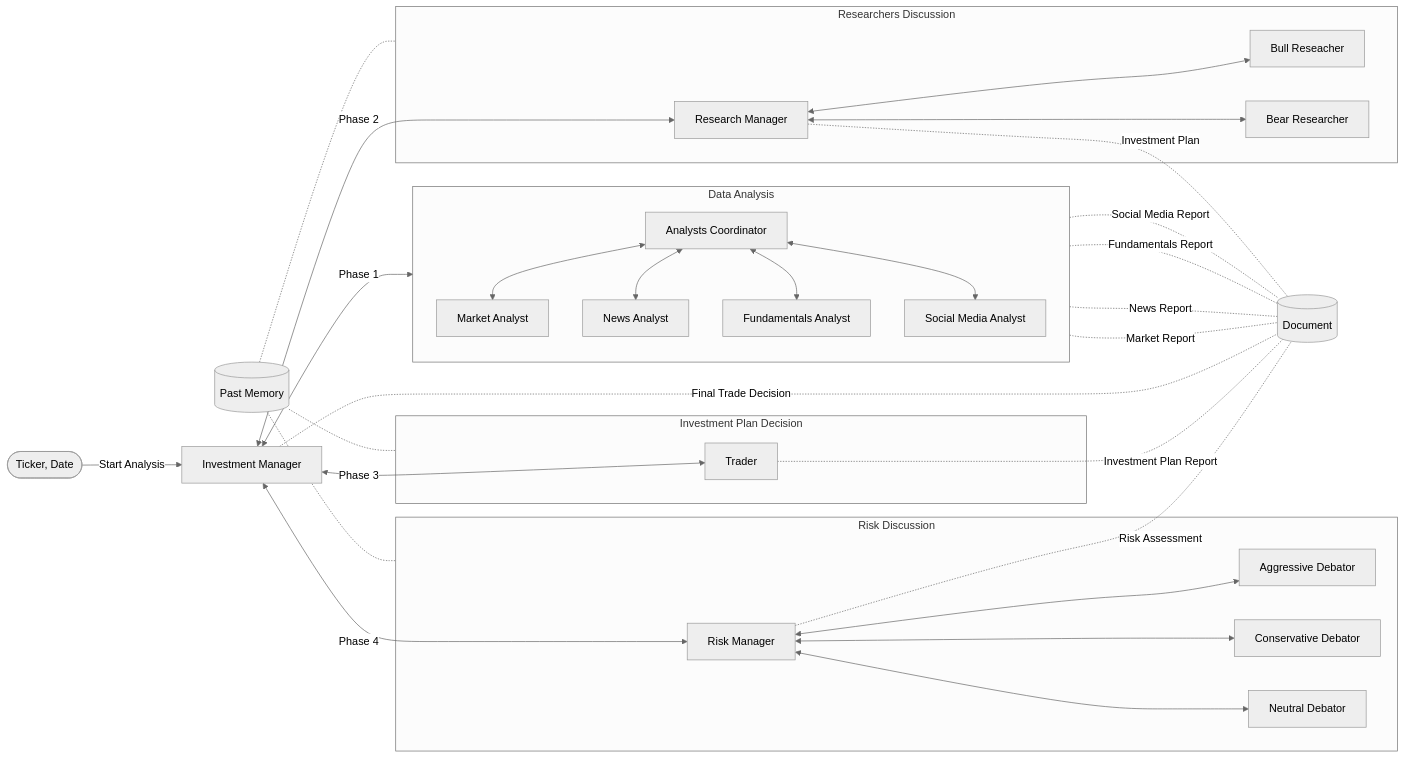
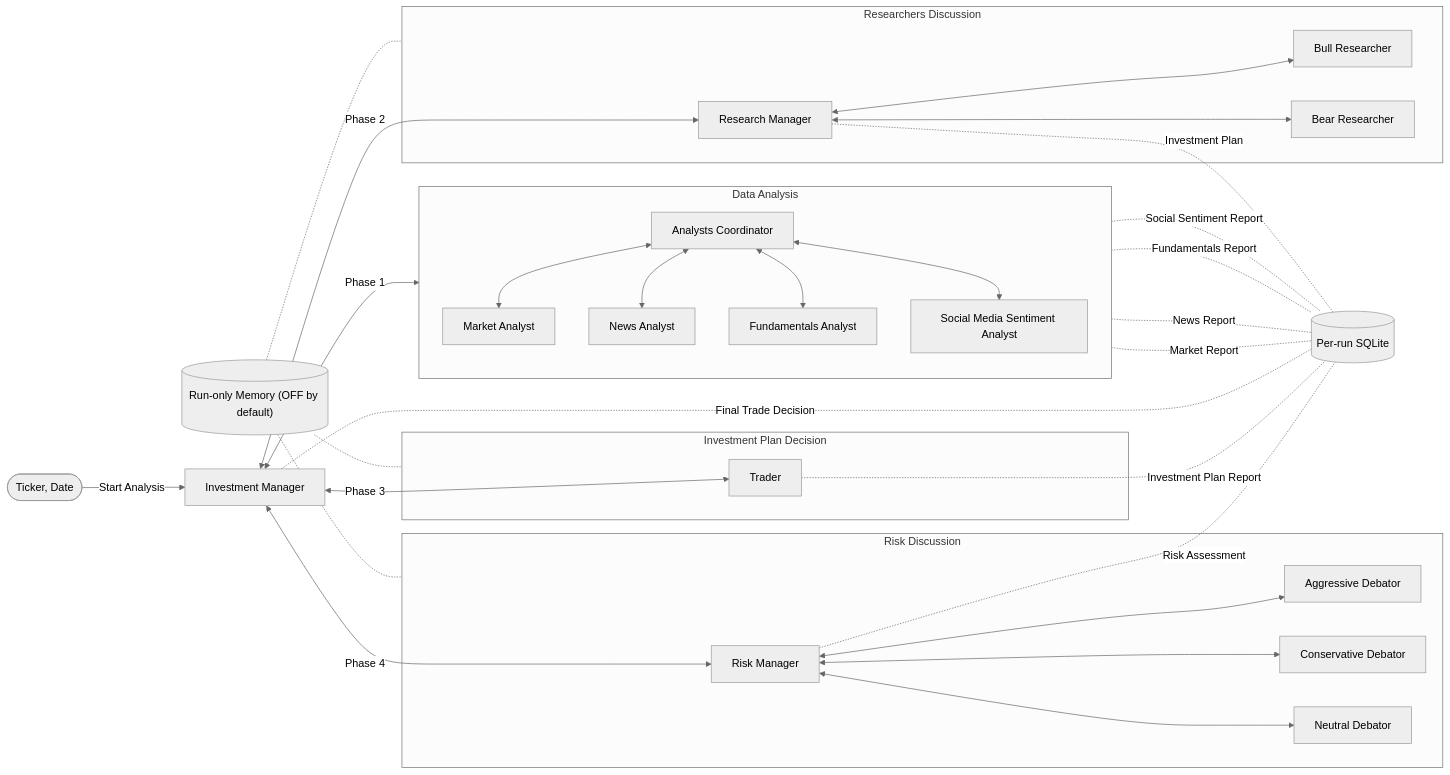
One commit to renandcl/InvestmentAgents changed the diagram in README.md. Above: the diagram before and after it, drawn with Mermaid (neutral theme). The commit also changed other lines of this file and 2 other files, not shown here.

````diff
--- a/README.md
+++ b/README.md
@@ -15,45 +15,45 @@
 ```mermaid
 flowchart LR
  subgraph subGraph0["Data Analysis"]
     direction TB
         AC["Analysts Coordinator"]
         MA["Market Analyst"]
         NA["News Analyst"]
         FA["Fundamentals Analyst"]
-        SA["Social Media Analyst"]
+        SMA["Social Media Sentiment Analyst"]
   end
  subgraph subGraph1["Researchers Discussion"]
-        BR["Bull Reseacher"]
+        BR["Bull Researcher"]
         BER["Bear Researcher"]
         RM["Research Manager"]
   end
  subgraph subGraph2["Investment Plan Decision"]
         TR["Trader"]
   end
  subgraph subGraph3["Risk Discussion"]
         AD["Aggressive Debator"]
         CD["Conservative Debator"]
         ND["Neutral Debator"]
         RMG["Risk Manager"]
   end
     Init(["Ticker, Date"]) -- Start Analysis --> IM["Investment Manager"]
     IM <-- Phase 1 --> AC
-    AC <--> MA & NA & FA & SA
+    AC <--> MA & NA & FA & SMA
     IM <-- Phase 2 --> RM
     RM <--> BR & BER
     IM <-- Phase 3 --> TR
     IM <-- Phase 4 --> RMG
     RMG <--> AD & CD & ND
-    MA -. Market Report .- State["Document"]
+    MA -. Market Report .- State["Per-run SQLite"]
     NA -. News Report .- State
     FA -. Fundamentals Report .- State
-    SA -. Social Media Report .- State
+    SMA -. Social Sentiment Report .- State
     RM -. Investment Plan .- State
     TR -. Investment Plan Report .- State
     RMG -. Risk Assessment .- State
     IM -. Final Trade Decision .- State
     State@{ shape: db}
-    Memory["Past Memory"]
+    Memory["Run-only Memory (OFF by default)"]
     Memory@{ shape: db}
     Memory -.- subGraph1 & subGraph2 & subGraph3
 ```
````
